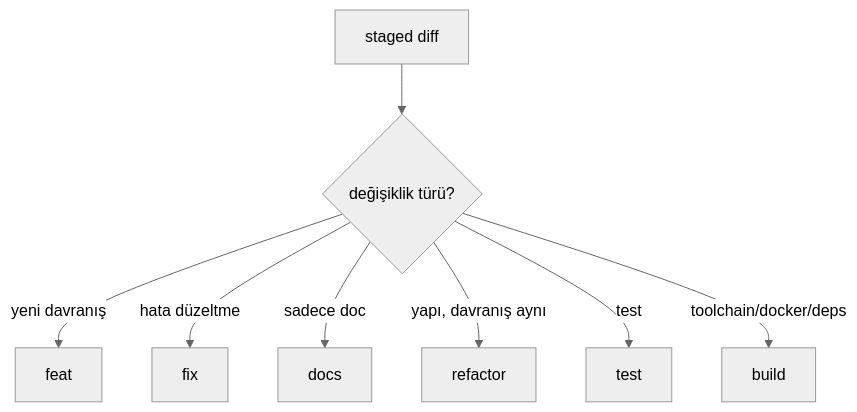
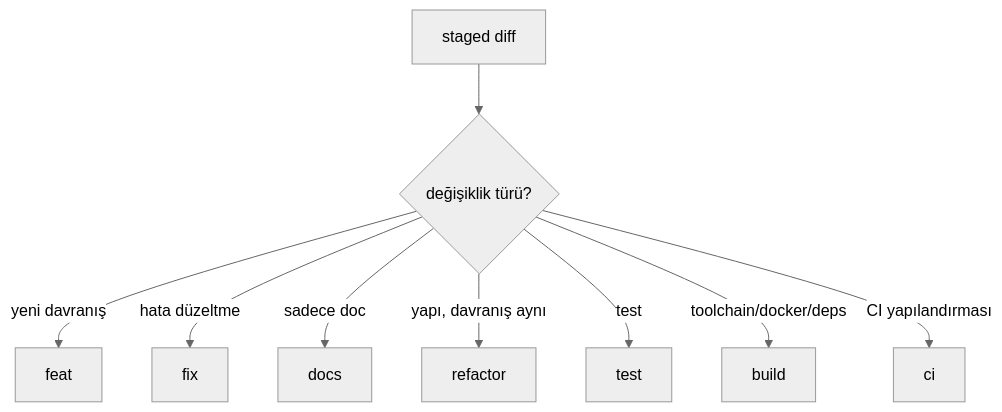
Before and after one commit to hakanceran64/shell-aliases: the diagram in .claude/agents/commit-scribe.md, drawn with Mermaid (neutral theme). The commit also changed 18 other files, not shown here.

````diff
--- a/.claude/agents/commit-scribe.md
+++ b/.claude/agents/commit-scribe.md
@@ -22,10 +22,11 @@
 ```mermaid
 flowchart TD
     Diff["staged diff"] --> Q{"değişiklik türü?"}
     Q -- "yeni davranış" --> feat["feat"]
     Q -- "hata düzeltme" --> fix["fix"]
     Q -- "sadece doc" --> docs["docs"]
     Q -- "yapı, davranış aynı" --> refactor["refactor"]
     Q -- "test" --> test["test"]
     Q -- "toolchain/docker/deps" --> build["build"]
+    Q -- "CI yapılandırması" --> ci["ci"]
 ```
````
